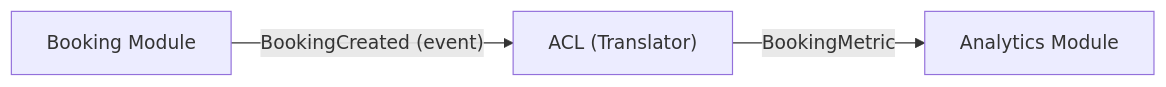
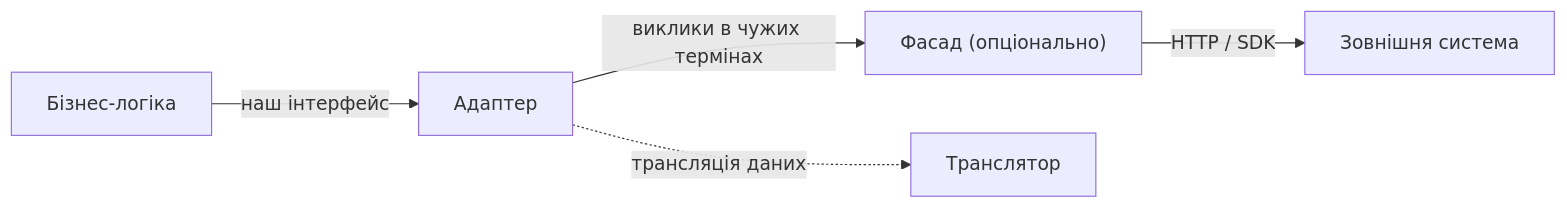
Before and after one commit to Architecture-KPI/Architecture: the third of 3 diagrams in docs/modular-monolith.md, drawn with Mermaid. The commit also changed other lines of this file and 9 other files, not shown here.

````diff
--- a/docs/modular-monolith.md
+++ b/docs/modular-monolith.md
@@ -296,5 +261,7 @@
 ```mermaid
 graph LR
-    BookingModule["Booking Module"] -->|"BookingCreated (event)"| ACL["ACL (Translator)"]
-    ACL -->|"BookingMetric"| AnalyticsModule["Analytics Module"]
+    BL["Бізнес-логіка"] -->|"наш інтерфейс"| Adapter["Адаптер"]
+    Adapter -->|"виклики в чужих термінах"| Facade["Фасад (опціонально)"]
+    Facade -->|"HTTP / SDK"| External["Зовнішня система"]
+    Adapter -.->|"трансляція даних"| Translator["Транслятор"]
 ```
````
